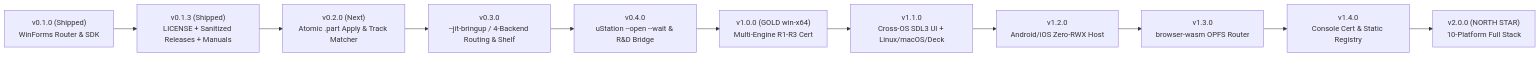
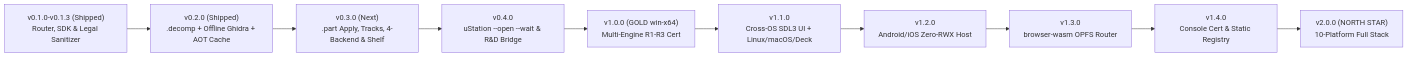
Before and after one commit to StreamItAllGit/reEngine: the diagram in ROADMAP.md, drawn with Mermaid. The commit also changed other lines of this file and 79 other files, not shown here.

````diff
--- a/ROADMAP.md
+++ b/ROADMAP.md
@@ -24,13 +24,12 @@
 ```mermaid
 flowchart LR
-    V01["v0.1.0 (Shipped)\nWinForms Router & SDK"] --> V013["v0.1.3 (Shipped)\nLICENSE + Sanitized Releases + Manuals"]
-    V013 --> V02["v0.2.0 (Next)\nAtomic .part Apply & Track Matcher"]
-    V02 --> V03["v0.3.0\n--jit-bringup / 4-Backend Routing & Shelf"]
+    V01["v0.1.0-v0.1.3 (Shipped)\nRouter, SDK & Legal Sanitizer"] --> V02["v0.2.0 (Shipped)\n.decomp + Offline Ghidra + AOT Cache"]
+    V02 --> V03["v0.3.0 (Next)\n.part Apply, Tracks, 4-Backend & Shelf"]
     V03 --> V04["v0.4.0\nuStation --open --wait & R&D Bridge"]
     V04 --> V10["v1.0.0 (GOLD win-x64)\nMulti-Engine R1-R3 Cert"]
     V10 --> V11["v1.1.0\nCross-OS SDL3 UI + Linux/macOS/Deck"]
     V11 --> V12["v1.2.0\nAndroid/iOS Zero-RWX Host"]
     V12 --> V13["v1.3.0\nbrowser-wasm OPFS Router"]
     V13 --> V14["v1.4.0\nConsole Cert & Static Registry"]
     V14 --> V20["v2.0.0 (NORTH STAR)\n10-Platform Full Stack"]
 ```
````
